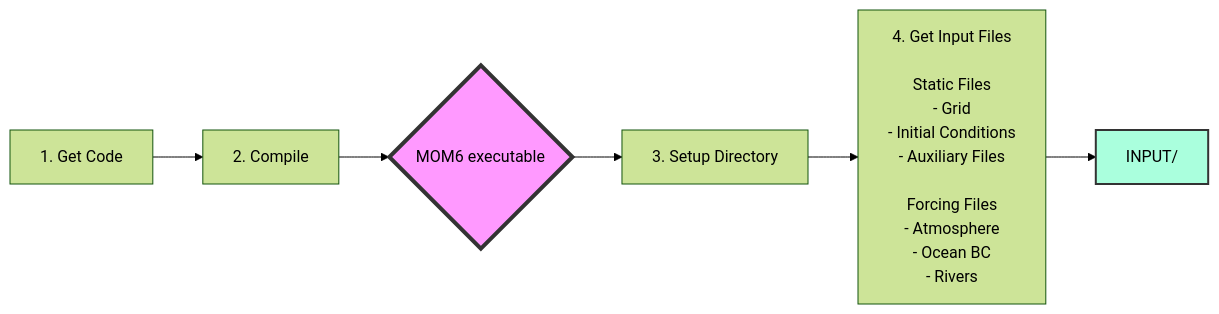
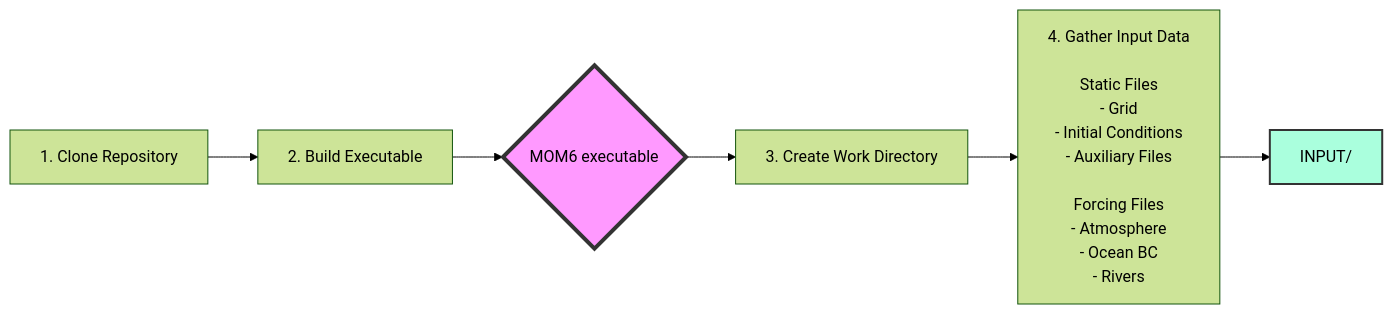
One commit to dksasaki/MOM6_COBALT_NEUS25 changed the first of 2 diagrams in exps/NEUS25.COBALT/README2.md. Above: the diagram before and after it, drawn with Mermaid (forest theme). The commit also changed other lines of this file, not shown here.

````diff
--- a/exps/NEUS25.COBALT/README2.md
+++ b/exps/NEUS25.COBALT/README2.md
@@ -18,13 +17,13 @@
 ```mermaid
 flowchart LR
-    A[1. Get Code] --> B[2. Compile]
+    A[1. Clone Repository] --> B[2. Build Executable]
     B --> C{MOM6 executable}
-    C --> D[3. Setup Directory]
+    C --> D[3. Create Work Directory]
     
-    D --> E[4. Get Input Files <br/> <br/>Static Files<br/>- Grid<br/>- Initial Conditions<br/>- Auxiliary Files <br/> <br/>Forcing Files<br/>- Atmosphere<br/>- Ocean BC<br/>- Rivers]
+    D --> E[4. Gather Input Data <br/> <br/>Static Files<br/>- Grid<br/>- Initial Conditions<br/>- Auxiliary Files <br/> <br/>Forcing Files<br/>- Atmosphere<br/>- Ocean BC<br/>- Rivers]
 
     E --> H[INPUT/]
     
     style C fill:#f9f,stroke:#333,stroke-width:4px
     style H fill:#afd,stroke:#333,stroke-width:2px
 ```
````
